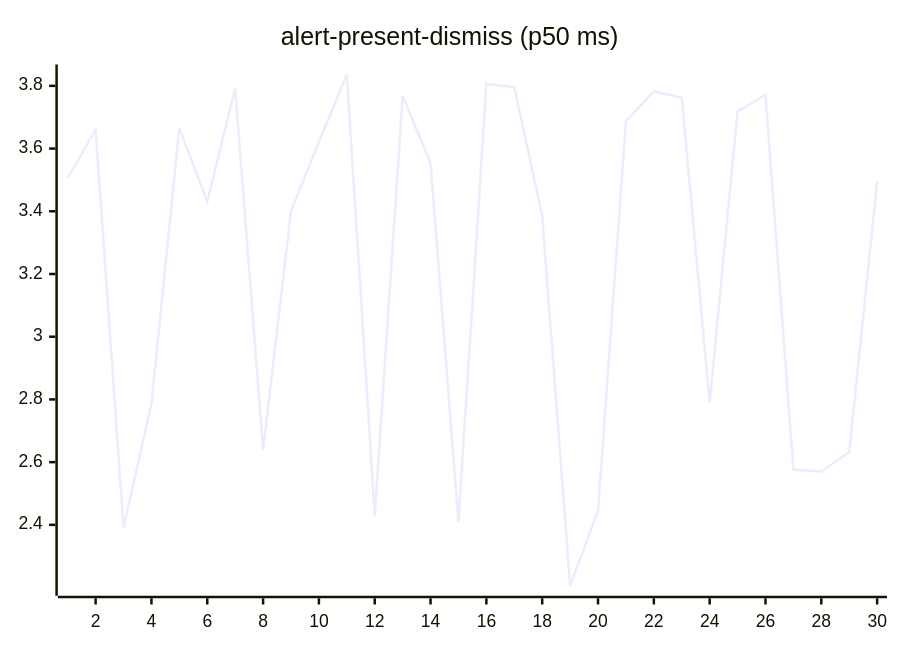
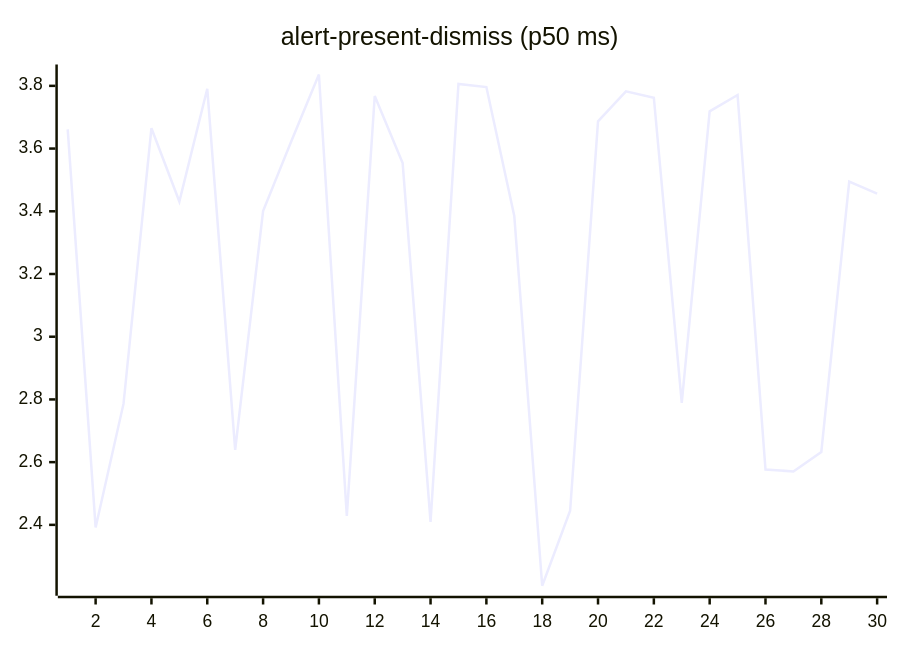
Before and after one commit to josha/Facet: the second of 27 diagrams in README.md, drawn with Mermaid. The commit also changed other lines of this file and 2 other files, not shown here.

````diff
--- a/README.md
+++ b/README.md
@@ -70,6 +70,6 @@
 ```mermaid
 xychart-beta
     title "alert-present-dismiss (p50 ms)"
     x-axis 1 --> 30
-    line [3.5058, 3.6611, 2.3918, 2.7865, 3.6648, 3.4312, 3.7906, 2.6392, 3.4008, 3.6212, 3.8362, 2.4288, 3.7676, 3.5538, 2.4095, 3.8060, 3.7961, 3.3851, 2.2058, 2.4450, 3.6869, 3.7826, 3.7621, 2.7891, 3.7187, 3.7708, 2.5766, 2.5704, 2.6324, 3.4949]
+    line [3.6611, 2.3918, 2.7865, 3.6648, 3.4312, 3.7906, 2.6392, 3.4008, 3.6212, 3.8362, 2.4288, 3.7676, 3.5538, 2.4095, 3.8060, 3.7961, 3.3851, 2.2058, 2.4450, 3.6869, 3.7826, 3.7621, 2.7891, 3.7187, 3.7708, 2.5766, 2.5704, 2.6324, 3.4949, 3.4566]
 ```
````
